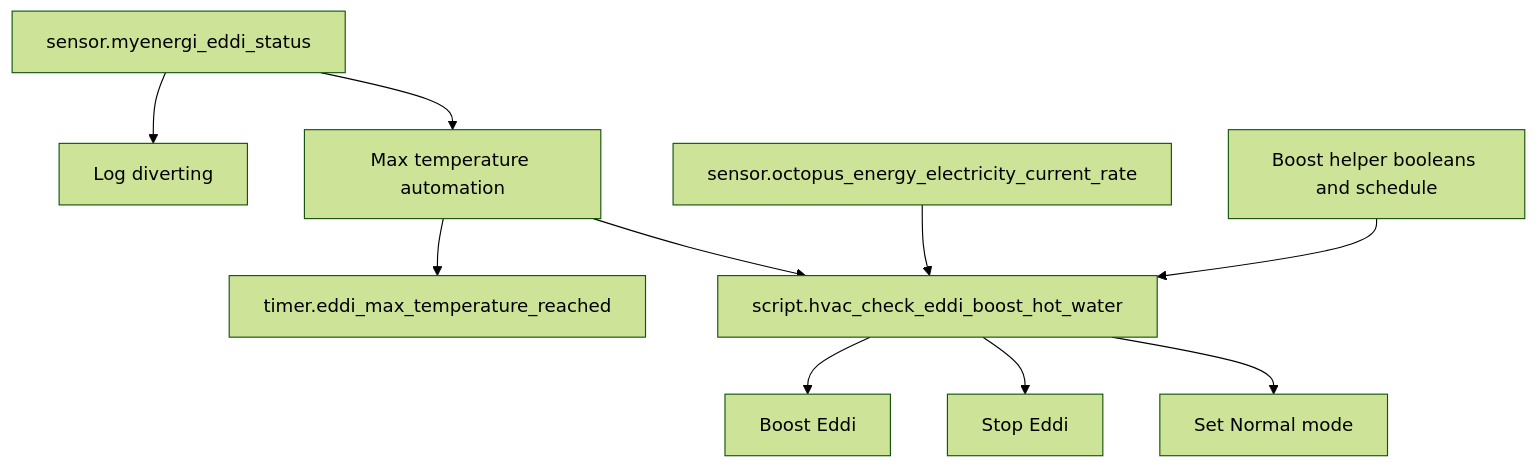
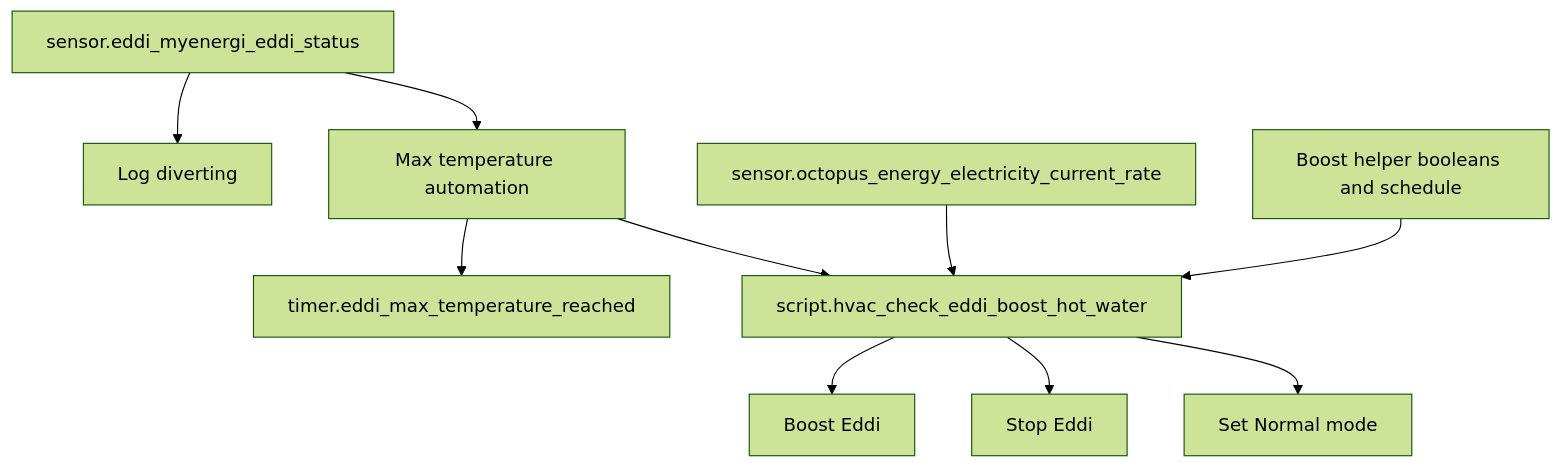
One commit to dannytsang/homeassistant-config changed the first of 2 diagrams in packages/integrations/hvac/eddi_README.md. Above: the diagram before and after it, drawn with Mermaid (forest theme). The commit also changed other lines of this file and 9 other files, not shown here.

````diff
--- a/packages/integrations/hvac/eddi_README.md
+++ b/packages/integrations/hvac/eddi_README.md
@@ -26,12 +26,12 @@
 ```mermaid
 flowchart TB
-    Status[sensor.myenergi_eddi_status] --> Diverting[Log diverting]
+    Status[sensor.eddi_myenergi_eddi_status] --> Diverting[Log diverting]
     Status --> MaxTemp[Max temperature automation]
     MaxTemp --> Timer[timer.eddi_max_temperature_reached]
     MaxTemp --> Check[script.hvac_check_eddi_boost_hot_water]
     Rate[sensor.octopus_energy_electricity_current_rate] --> Check
     Flags[Boost helper booleans and schedule] --> Check
     Check --> Boost[Boost Eddi]
     Check --> Stop[Stop Eddi]
     Check --> Normal[Set Normal mode]
 ```
````
